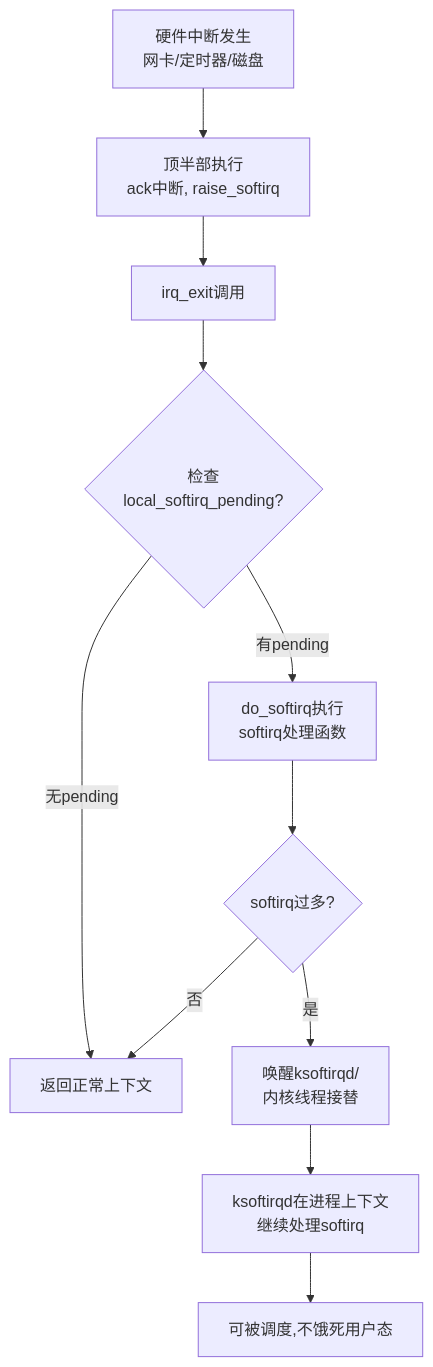
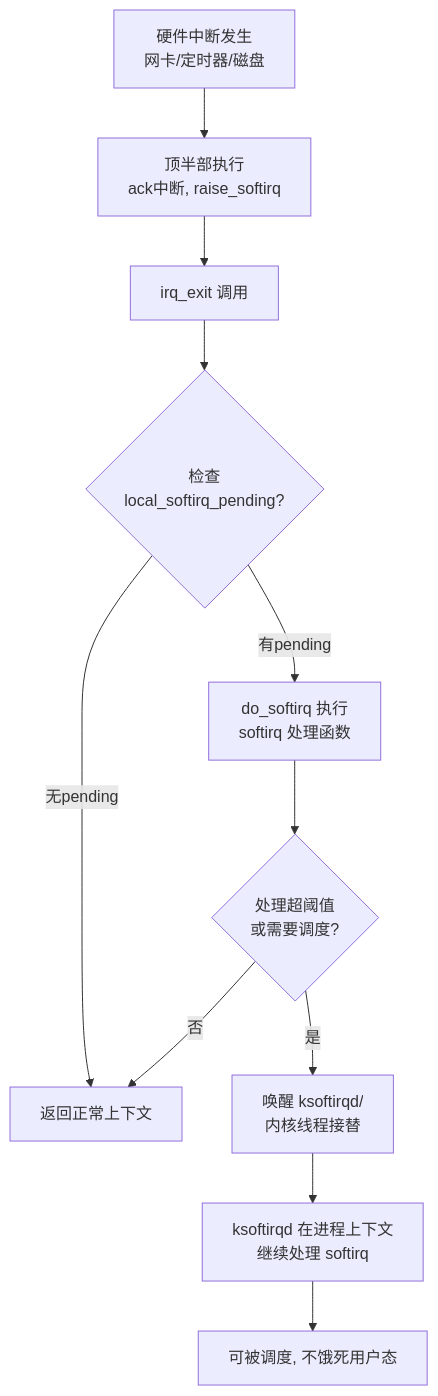
The diagram in docs/02-核心机制深度解析/第10章 中断与时间/10.3.2_softirq详解.md (xiaohong0925/Embedded_Knowledge_System_V2026), drawn with Mermaid before and after one commit. The commit also changed other lines of this file and 65 other files, not shown here.

````diff
--- a/docs/02-核心机制深度解析/第10章 中断与时间/10.3.2_softirq详解.md
+++ b/docs/02-核心机制深度解析/第10章 中断与时间/10.3.2_softirq详解.md
@@ -49,13 +44,13 @@
 ```mermaid
 flowchart TD
     A[硬件中断发生<br>网卡/定时器/磁盘] --> B[顶半部执行<br>ack中断, raise_softirq]
-    B --> C[irq_exit调用]
+    B --> C[irq_exit 调用]
     C --> D{检查<br>local_softirq_pending?}
-    D -->|有pending| E[do_softirq执行<br>softirq处理函数]
+    D -->|有pending| E[do_softirq 执行<br>softirq 处理函数]
     D -->|无pending| F[返回正常上下文]
-    E --> G{softirq过多?}
-    G -->|是| H[唤醒ksoftirqd/<n><br>内核线程接替]
+    E --> G{处理超阈值<br>或需要调度?}
+    G -->|是| H[唤醒 ksoftirqd/<n><br>内核线程接替]
     G -->|否| F
-    H --> I[ksoftirqd在进程上下文<br>继续处理softirq]
-    I --> J[可被调度,不饿死用户态]
+    H --> I[ksoftirqd 在进程上下文<br>继续处理 softirq]
+    I --> J[可被调度, 不饿死用户态]
 ```
````
